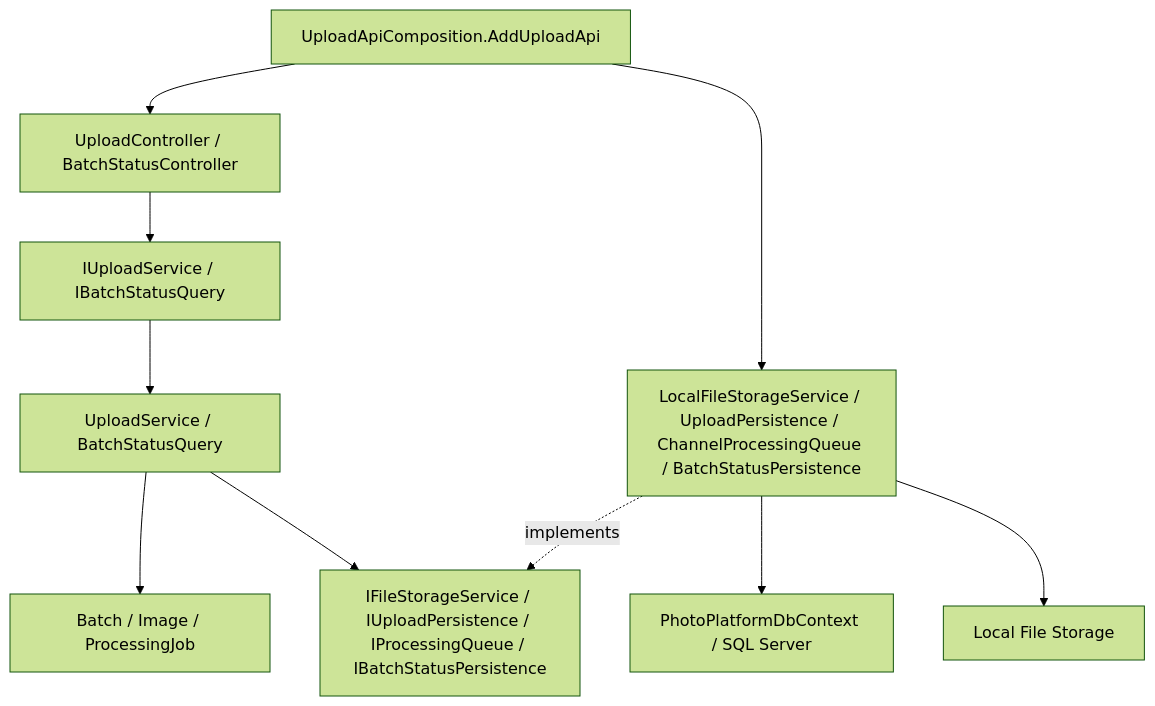
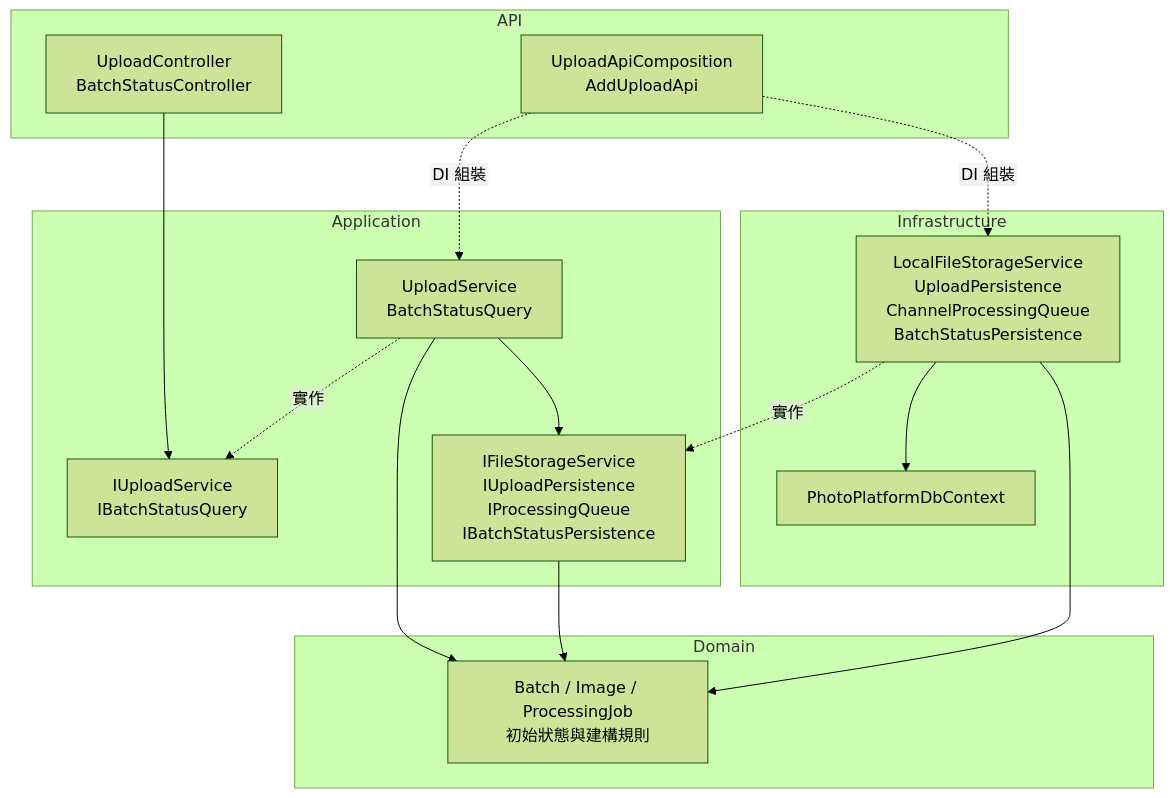
The first of 9 diagrams in tasks/MOD-01/README.md (ChouKuangWen/Photo-Processing-Image-Analysis-Platform), drawn with Mermaid (forest theme) before and after one commit. The commit also changed other lines of this file, not shown here.

First line of the commit message:
docs(mod-01): refine Mermaid diagrams and architecture relationships

````diff
--- a/tasks/MOD-01/README.md
+++ b/tasks/MOD-01/README.md
@@ -72,12 +74,30 @@
 ```mermaid
+%%{init: {"flowchart": {"htmlLabels": false}}}%%
 flowchart TB
-    API["UploadController / BatchStatusController"] --> APP["IUploadService / IBatchStatusQuery"]
-    APP --> USE["UploadService / BatchStatusQuery"]
-    USE --> DOM["Batch / Image / ProcessingJob"]
-    USE --> PORT["IFileStorageService / IUploadPersistence / IProcessingQueue / IBatchStatusPersistence"]
-    INF["LocalFileStorageService / UploadPersistence / ChannelProcessingQueue / BatchStatusPersistence"] -. "implements" .-> PORT
-    INF --> DB["PhotoPlatformDbContext / SQL Server"]
-    INF --> FS["Local File Storage"]
-    ROOT["UploadApiComposition.AddUploadApi"] --> API
-    ROOT --> INF
+    subgraph API["API"]
+        CTRL["UploadController<br/>BatchStatusController"]
+        ROOT["UploadApiComposition<br/>AddUploadApi"]
+    end
+    subgraph APP["Application"]
+        ENTRY["IUploadService<br/>IBatchStatusQuery"]
+        USE["UploadService<br/>BatchStatusQuery"]
+        PORT["IFileStorageService<br/>IUploadPersistence<br/>IProcessingQueue<br/>IBatchStatusPersistence"]
+    end
+    subgraph DOMAIN["Domain"]
+        DOM["Batch / Image / ProcessingJob<br/>初始狀態與建構規則"]
+    end
+    subgraph INFRA["Infrastructure"]
+        INF["LocalFileStorageService<br/>UploadPersistence<br/>ChannelProcessingQueue<br/>BatchStatusPersistence"]
+        DB["PhotoPlatformDbContext"]
+    end
+    CTRL --> ENTRY
+    USE -. 實作 .-> ENTRY
+    USE --> PORT
+    USE --> DOM
+    PORT --> DOM
+    INF -. 實作 .-> PORT
+    INF --> DOM
+    INF --> DB
+    ROOT -. DI 組裝 .-> USE
+    ROOT -. DI 組裝 .-> INF
 ```
````
